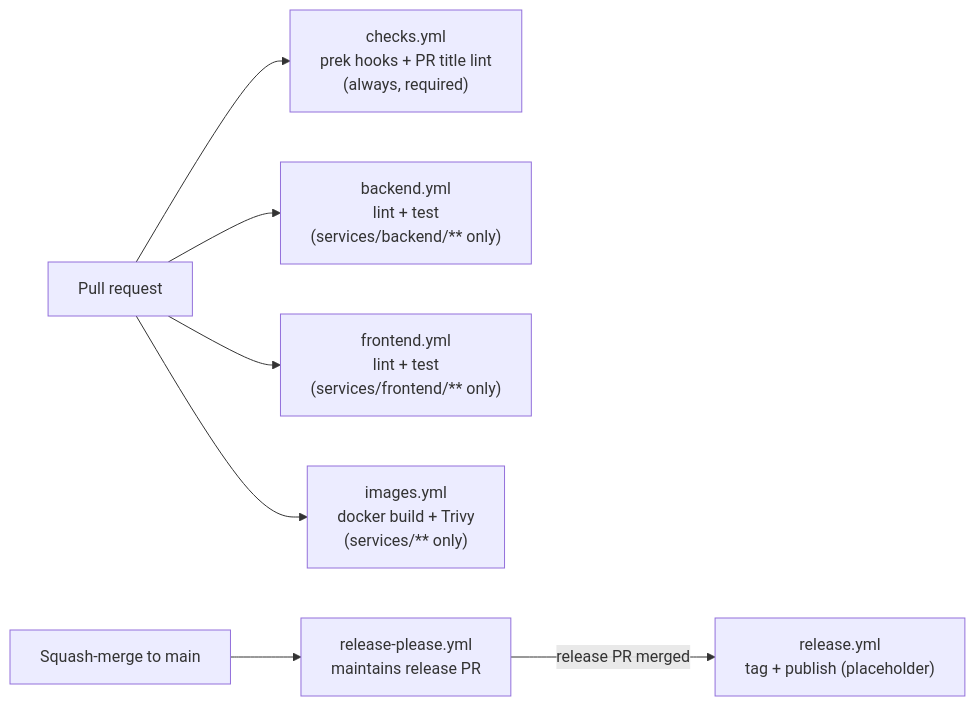
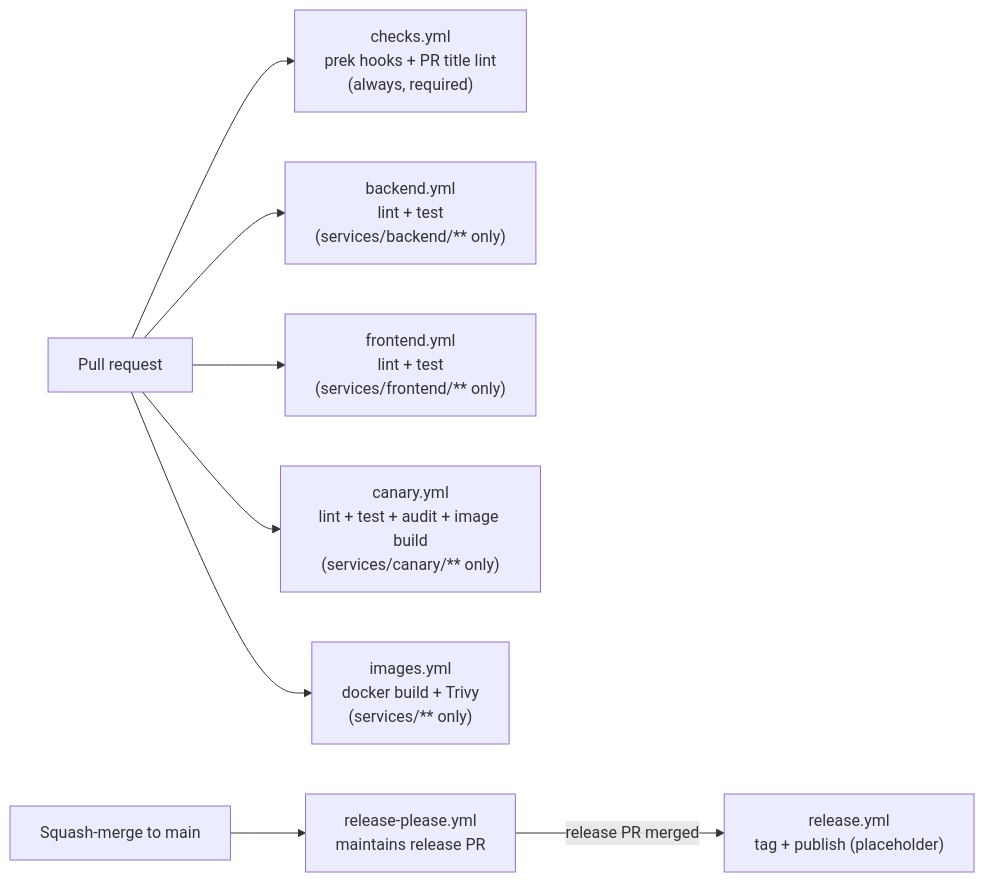
The diagram in docs/ci.md (vovinacci/devops-demo), drawn with Mermaid before and after one commit. The commit also changed other lines of this file and 31 other files, not shown here.

````diff
--- a/docs/ci.md
+++ b/docs/ci.md
@@ -12,9 +12,10 @@
 ```mermaid
 flowchart LR
     pr[Pull request] --> checks["checks.yml<br/>prek hooks + PR title lint<br/>(always, required)"]
     pr --> be["backend.yml<br/>lint + test<br/>(services/backend/** only)"]
     pr --> fe["frontend.yml<br/>lint + test<br/>(services/frontend/** only)"]
+    pr --> ca["canary.yml<br/>lint + test + audit + image build<br/>(services/canary/** only)"]
     pr --> img["images.yml<br/>docker build + Trivy<br/>(services/** only)"]
     merge[Squash-merge to main] --> rp["release-please.yml<br/>maintains release PR"]
     rp -->|release PR merged| rel["release.yml<br/>tag + publish (placeholder)"]
 ```
````
